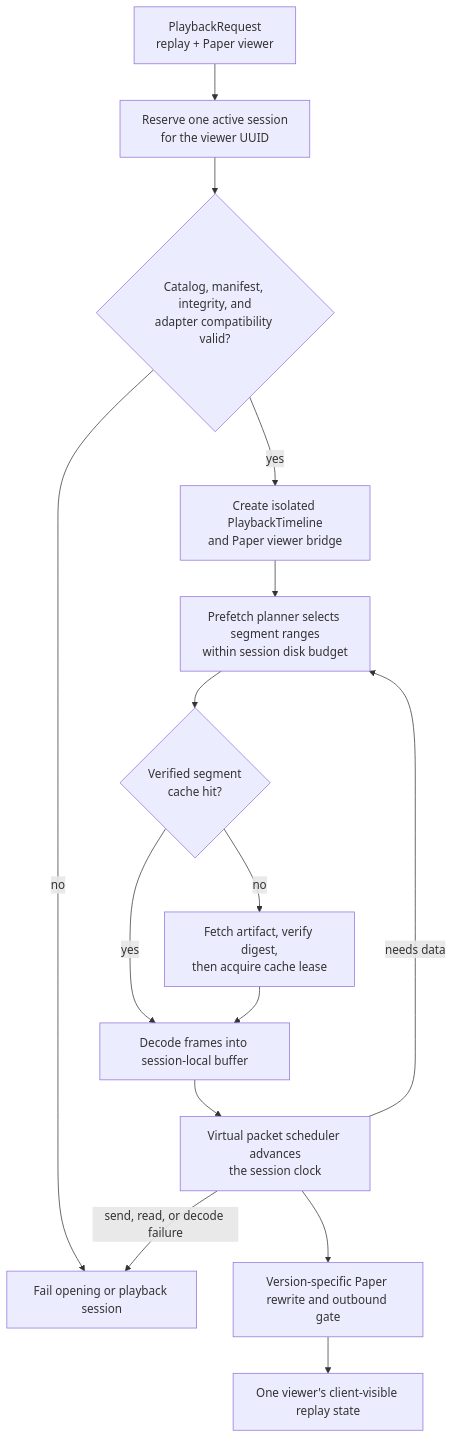
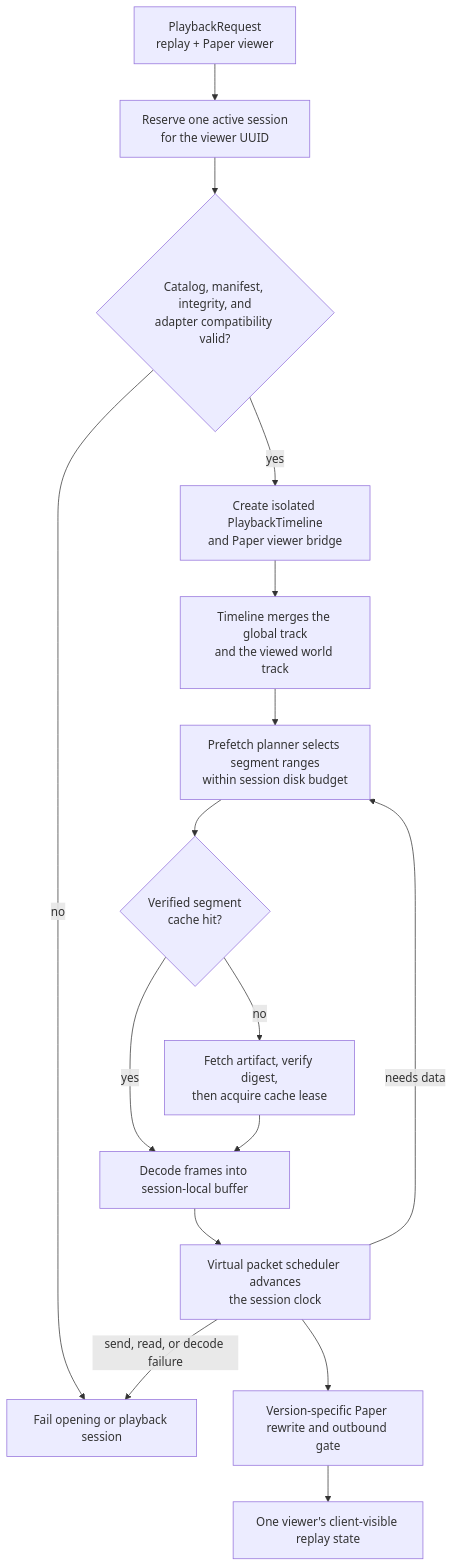
Before and after one commit to schmolldechse/replay-framework: the third of 3 diagrams in docs/architecture.md, drawn with Mermaid. The commit also changed other lines of this file and 1137 other files, not shown here.

````diff
--- a/docs/architecture.md
+++ b/docs/architecture.md
@@ -92,20 +135,21 @@
 ```mermaid
 flowchart TD
     request["PlaybackRequest<br/>replay + Paper viewer"] --> reserve["Reserve one active session<br/>for the viewer UUID"]
     reserve --> validate{"Catalog, manifest, integrity, and<br/>adapter compatibility valid?"}
     validate -->|no| failed["Fail opening or playback session"]
     validate -->|yes| timeline["Create isolated PlaybackTimeline<br/>and Paper viewer bridge"]
 
-    timeline --> plan["Prefetch planner selects segment ranges<br/>within session disk budget"]
+    timeline --> tracks["Timeline merges the global track<br/>and the viewed world track"]
+    tracks --> plan["Prefetch planner selects segment ranges<br/>within session disk budget"]
     plan --> cache{"Verified segment<br/>cache hit?"}
     cache -->|yes| decode["Decode frames into session-local buffer"]
     cache -->|no| fetch["Fetch artifact, verify digest,<br/>then acquire cache lease"]
     fetch --> decode
 
     decode --> scheduler["Virtual packet scheduler advances<br/>the session clock"]
     scheduler --> bridge["Version-specific Paper rewrite and outbound gate"]
     bridge --> viewer["One viewer's client-visible replay state"]
 
     scheduler -->|needs data| plan
     scheduler -->|send, read, or decode failure| failed
 ```
````
